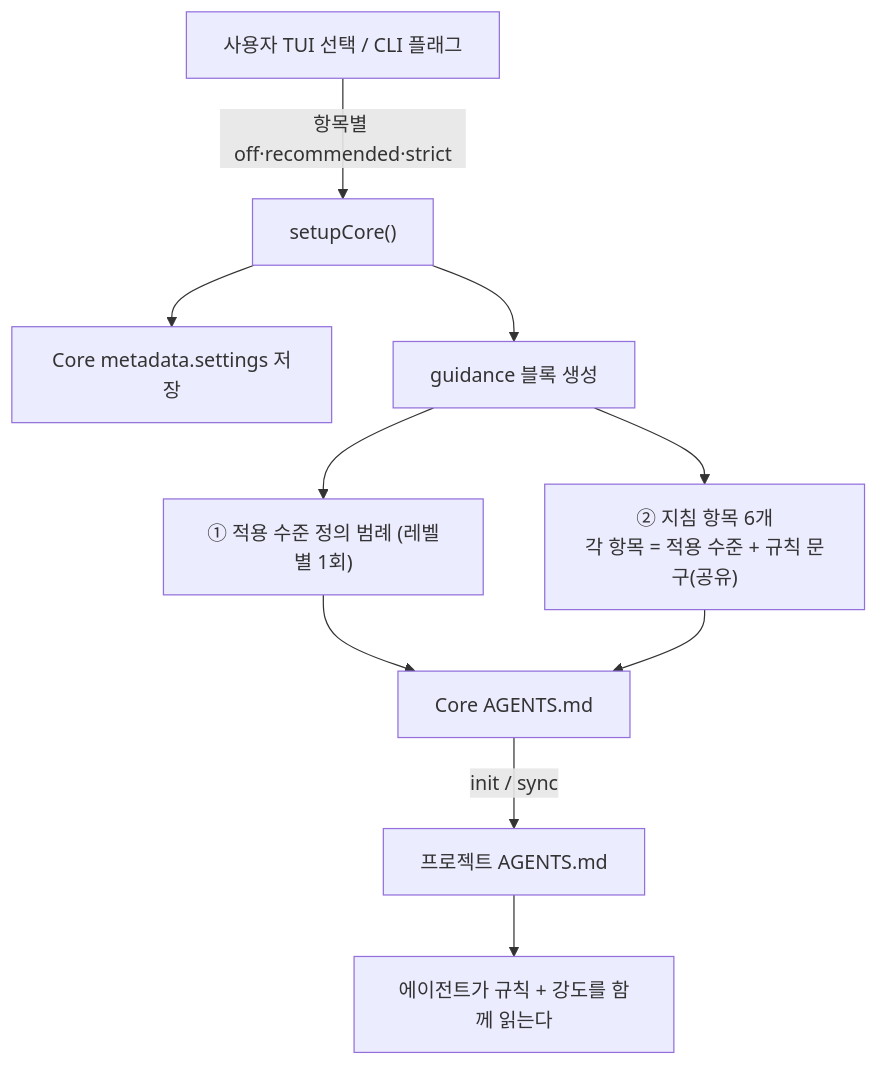
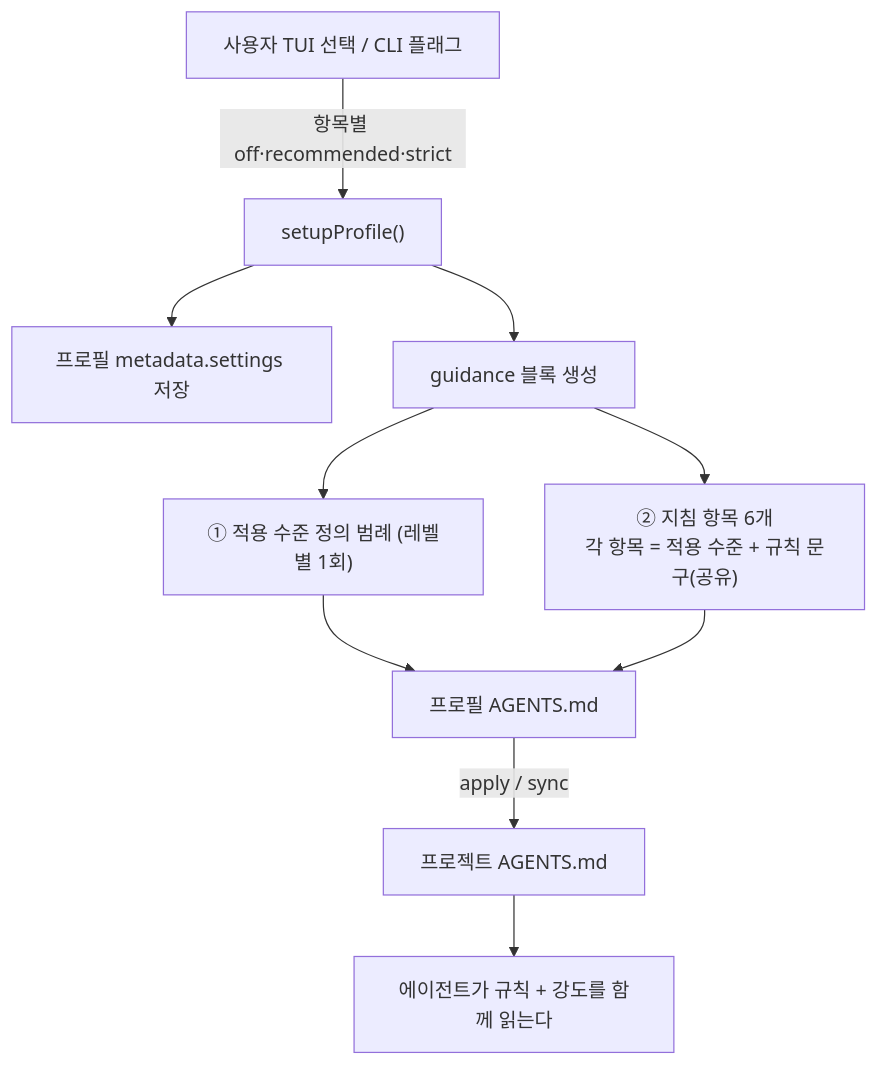
Before and after one commit to IsthisLee/agent-context-manager: the second of 2 diagrams in docs/discussion/architecture/topics/guidance-level-semantics.md, drawn with Mermaid. The commit also changed other lines of this file and 40 other files, not shown here.

First line of the commit message:
feat!: Core를 Guidance Profile로 개명하고 profile apply/sync 분리

````diff
--- a/docs/discussion/architecture/topics/guidance-level-semantics.md
+++ b/docs/discussion/architecture/topics/guidance-level-semantics.md
@@ -141,12 +141,12 @@
 ```mermaid
 flowchart TD
-  U["사용자 TUI 선택 / CLI 플래그"] -->|항목별 off·recommended·strict| S["setupCore()"]
-  S --> M["Core metadata.settings 저장"]
+  U["사용자 TUI 선택 / CLI 플래그"] -->|항목별 off·recommended·strict| S["setupProfile()"]
+  S --> M["프로필 metadata.settings 저장"]
   S --> B["guidance 블록 생성"]
   B --> L["① 적용 수준 정의 범례 (레벨별 1회)"]
   B --> I["② 지침 항목 6개<br/>각 항목 = 적용 수준 + 규칙 문구(공유)"]
-  L --> F["Core AGENTS.md"]
+  L --> F["프로필 AGENTS.md"]
   I --> F
-  F -->|init / sync| P["프로젝트 AGENTS.md"]
+  F -->|apply / sync| P["프로젝트 AGENTS.md"]
   P --> A["에이전트가 규칙 + 강도를 함께 읽는다"]
 ```
````
